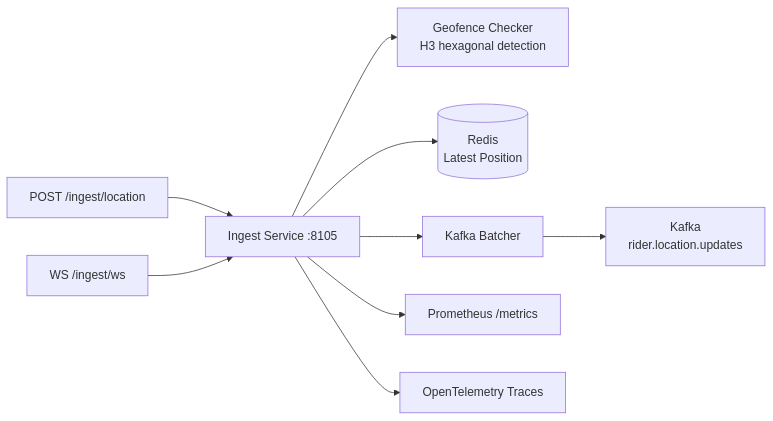
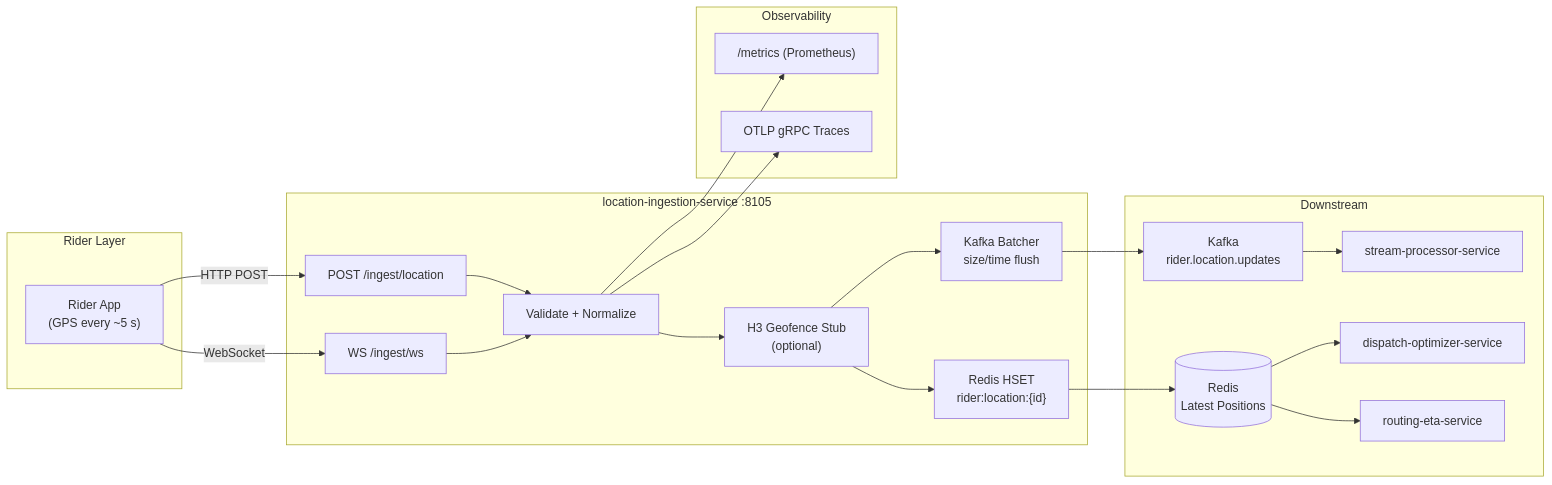
One commit to sunitakeazycommerz-a11y/InstaCommerce changed the first of 5 diagrams in services/location-ingestion-service/README.md. Above: the diagram before and after it, drawn with Mermaid. The commit also changed other lines of this file and 2 other files, not shown here.

Commit message:
docs(logistics): deepen dark-store service guides

````diff
--- a/services/location-ingestion-service/README.md
+++ b/services/location-ingestion-service/README.md
@@ -9,11 +79,43 @@
 ```mermaid
 graph LR
-    HTTP["POST /ingest/location"] --> IS[Ingest Service :8105]
-    WS["WS /ingest/ws"] --> IS
-    IS --> GF[Geofence Checker<br/>H3 hexagonal detection]
-    IS --> RS[(Redis<br/>Latest Position)]
-    IS --> KB[Kafka Batcher]
-    KB --> KF[Kafka<br/>rider.location.updates]
-    IS --> PROM[Prometheus /metrics]
-    IS --> OTEL[OpenTelemetry Traces]
+    subgraph Rider Layer
+        RA["Rider App<br/>(GPS every ~5 s)"]
+    end
+
+    subgraph location-ingestion-service :8105
+        HTTP["POST /ingest/location"]
+        WS["WS /ingest/ws"]
+        VAL["Validate + Normalize"]
+        H3["H3 Geofence Stub<br/>(optional)"]
+        REDIS_W["Redis HSET<br/>rider:location:{id}"]
+        BATCH["Kafka Batcher<br/>size/time flush"]
+    end
+
+    subgraph Downstream
+        KF["Kafka<br/>rider.location.updates"]
+        RS[("Redis<br/>Latest Positions")]
+        SP["stream-processor-service"]
+        DO["dispatch-optimizer-service"]
+        RE["routing-eta-service"]
+    end
+
+    subgraph Observability
+        PROM["/metrics (Prometheus)"]
+        OTEL["OTLP gRPC Traces"]
+    end
+
+    RA -->|HTTP POST| HTTP
+    RA -->|WebSocket| WS
+    HTTP --> VAL
+    WS --> VAL
+    VAL --> H3
+    H3 --> REDIS_W
+    H3 --> BATCH
+    REDIS_W --> RS
+    BATCH --> KF
+    KF --> SP
+    RS --> DO
+    RS --> RE
+    VAL --> PROM
+    VAL --> OTEL
 ```
````
